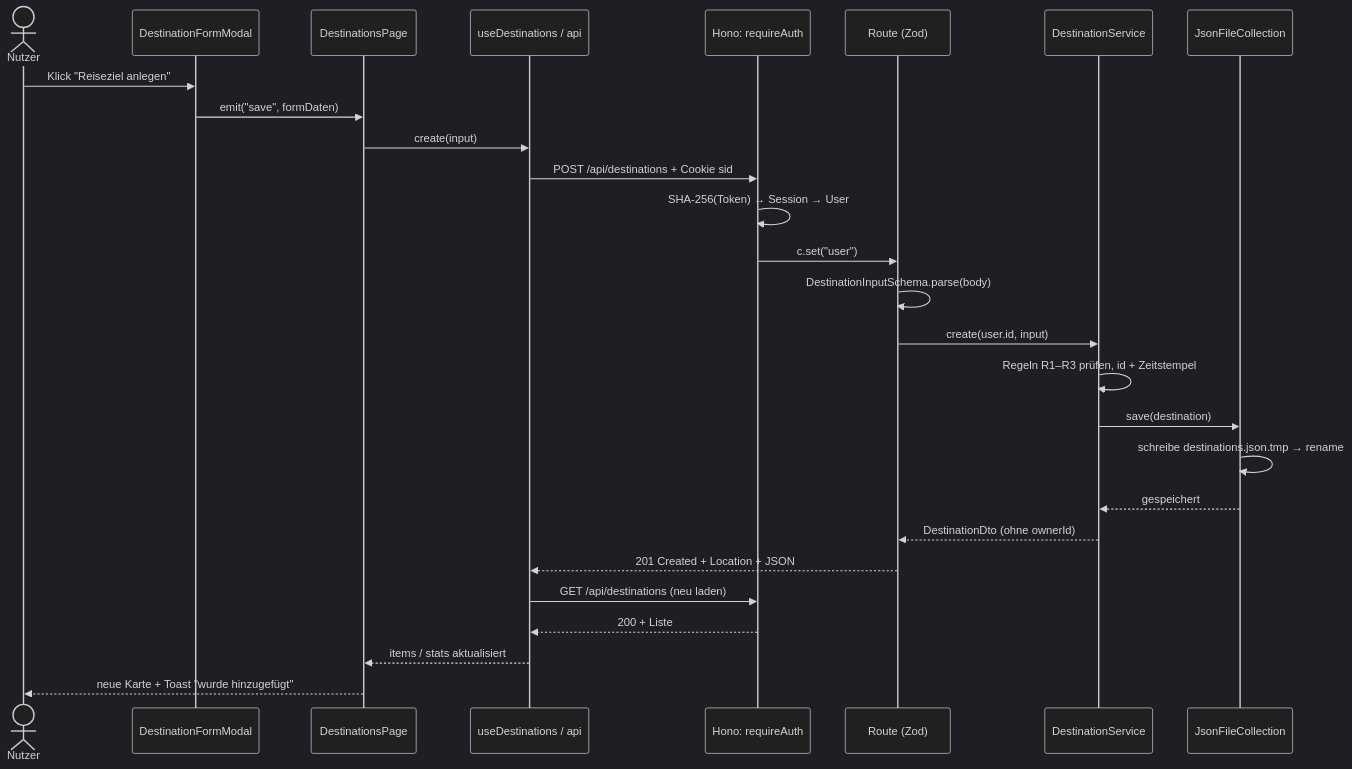
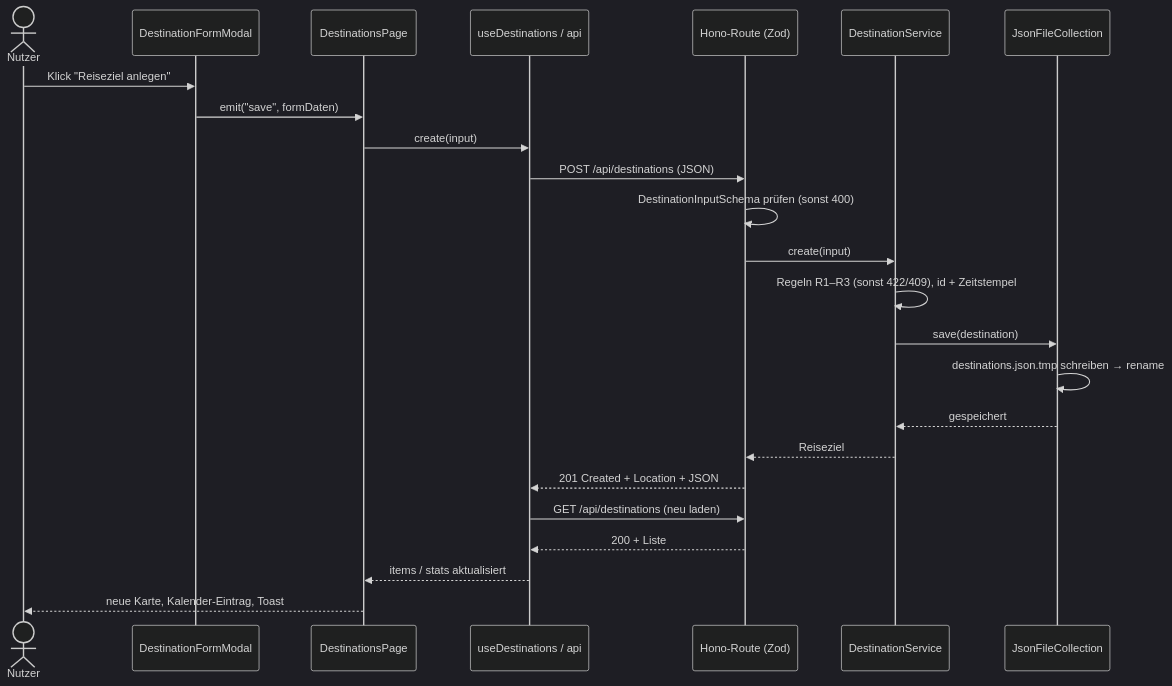
Before and after one commit to Alina509-bit/Fernweh-: the second of 2 diagrams in README.md, drawn with Mermaid (dark theme). The commit also changed other lines of this file and 31 other files, not shown here.

````diff
--- a/README.md
+++ b/README.md
@@ -284,29 +233,26 @@
 ```mermaid
 sequenceDiagram
   actor U as Nutzer
   participant F as DestinationFormModal
   participant P as DestinationsPage
   participant C as useDestinations / api
-  participant M as Hono: requireAuth
-  participant R as Route (Zod)
+  participant R as Hono-Route (Zod)
   participant S as DestinationService
   participant D as JsonFileCollection
   U->>F: Klick "Reiseziel anlegen"
   F->>P: emit("save", formDaten)
   P->>C: create(input)
-  C->>M: POST /api/destinations + Cookie sid
-  M->>M: SHA-256(Token) → Session → User
-  M->>R: c.set("user")
-  R->>R: DestinationInputSchema.parse(body)
-  R->>S: create(user.id, input)
-  S->>S: Regeln R1–R3 prüfen, id + Zeitstempel
+  C->>R: POST /api/destinations (JSON)
+  R->>R: DestinationInputSchema prüfen (sonst 400)
+  R->>S: create(input)
+  S->>S: Regeln R1–R3 (sonst 422/409), id + Zeitstempel
   S->>D: save(destination)
-  D->>D: schreibe destinations.json.tmp → rename
+  D->>D: destinations.json.tmp schreiben → rename
   D-->>S: gespeichert
-  S-->>R: DestinationDto (ohne ownerId)
+  S-->>R: Reiseziel
   R-->>C: 201 Created + Location + JSON
-  C->>M: GET /api/destinations (neu laden)
-  M-->>C: 200 + Liste
+  C->>R: GET /api/destinations (neu laden)
+  R-->>C: 200 + Liste
   C-->>P: items / stats aktualisiert
-  P-->>U: neue Karte + Toast "wurde hinzugefügt"
+  P-->>U: neue Karte, Kalender-Eintrag, Toast
 ```
````
